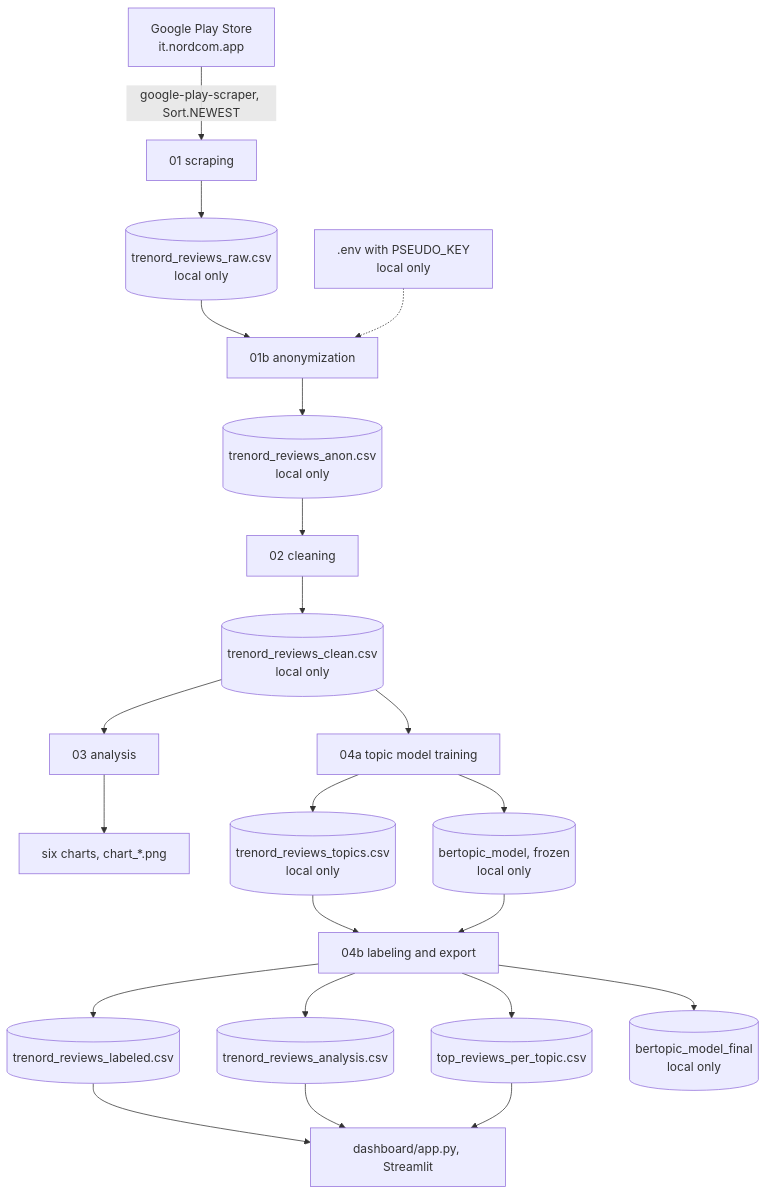
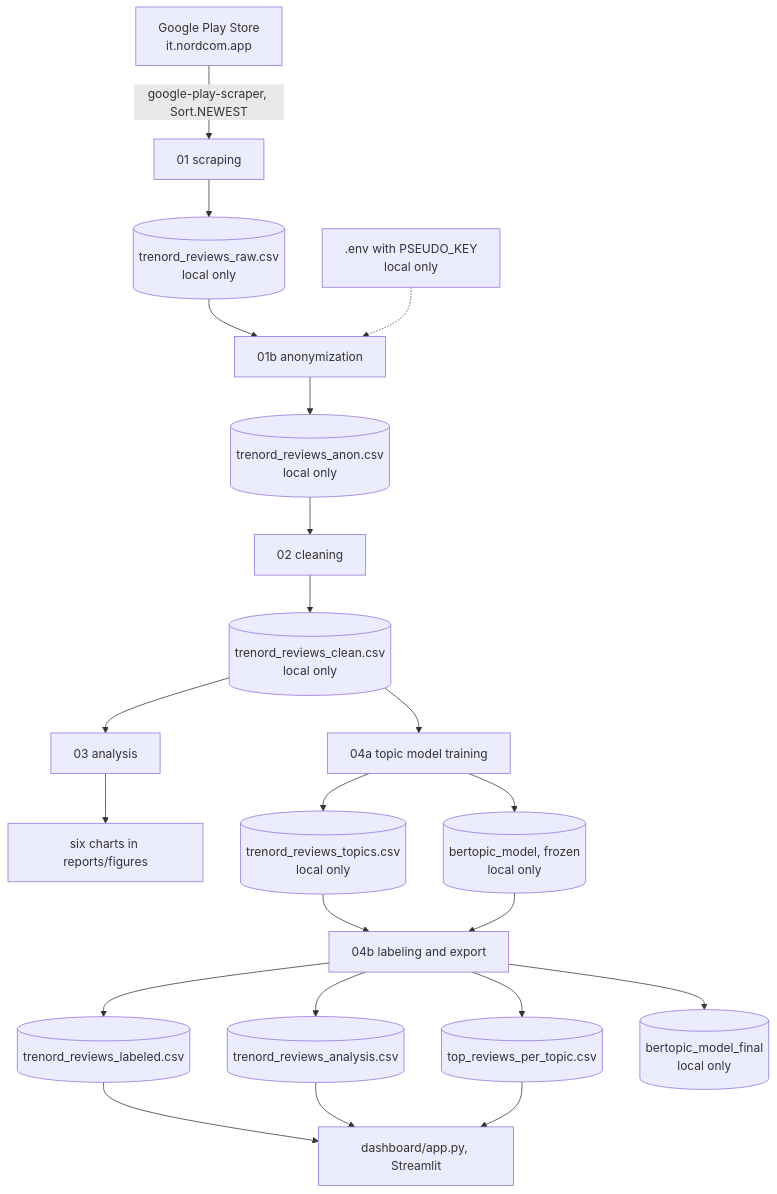
One commit to paolotroia-datavizlab/trenord-reviews-bertopic changed the diagram in docs/architecture.md. Above: the diagram before and after it, drawn with Mermaid. The commit also changed other lines of this file and 10 other files, not shown here.

First line of the commit message:
README as a short landing page; charts moved to reports/figures

````diff
--- a/docs/architecture.md
+++ b/docs/architecture.md
@@ -32,24 +32,24 @@
 ```mermaid
 flowchart TD
     PS["Google Play Store<br/>it.nordcom.app"] -->|"google-play-scraper, Sort.NEWEST"| N01["01 scraping"]
     N01 --> RAW[("trenord_reviews_raw.csv<br/>local only")]
     RAW --> N01b["01b anonymization"]
     ENV[".env with PSEUDO_KEY<br/>local only"] -.-> N01b
     N01b --> ANON[("trenord_reviews_anon.csv<br/>local only")]
     ANON --> N02["02 cleaning"]
     N02 --> CLEAN[("trenord_reviews_clean.csv<br/>local only")]
     CLEAN --> N03["03 analysis"]
-    N03 --> PNG["six charts, chart_*.png"]
+    N03 --> PNG["six charts in reports/figures"]
     CLEAN --> N04a["04a topic model training"]
     N04a --> TOPICS[("trenord_reviews_topics.csv<br/>local only")]
     N04a --> MODEL[("bertopic_model, frozen<br/>local only")]
     TOPICS --> N04b["04b labeling and export"]
     MODEL --> N04b
     N04b --> LAB[("trenord_reviews_labeled.csv")]
     N04b --> ANA[("trenord_reviews_analysis.csv")]
     N04b --> TOP[("top_reviews_per_topic.csv")]
     N04b --> FINAL[("bertopic_model_final<br/>local only")]
     LAB --> DASH["dashboard/app.py, Streamlit"]
     ANA --> DASH
     TOP --> DASH
 ```
````
